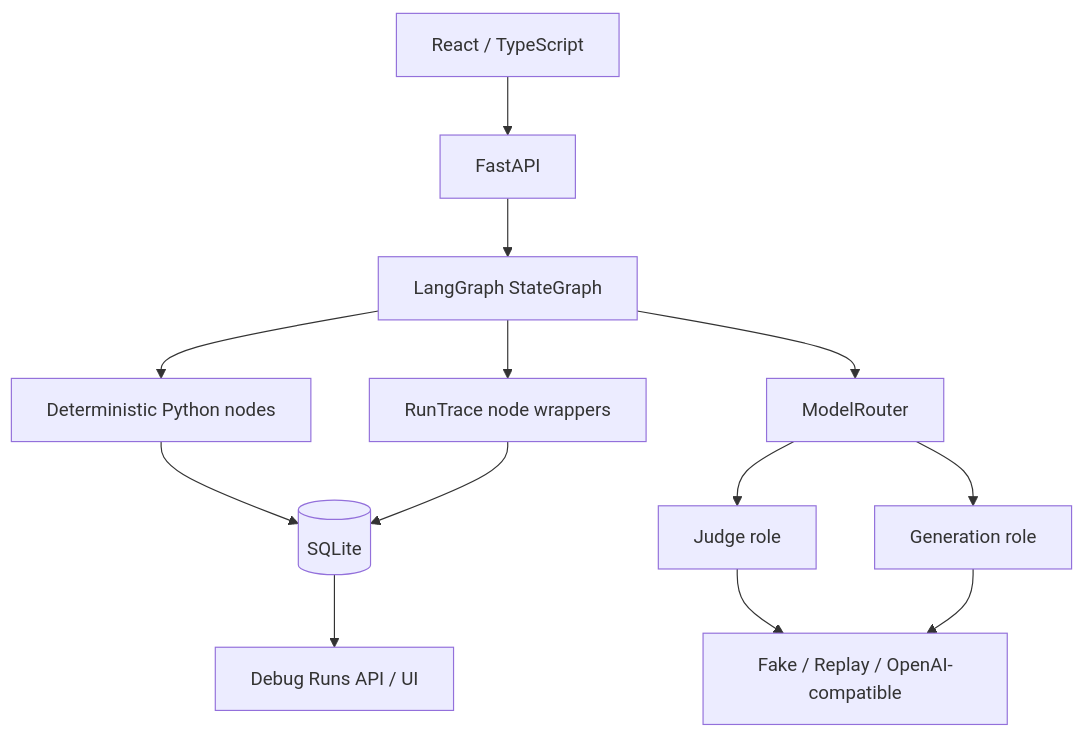
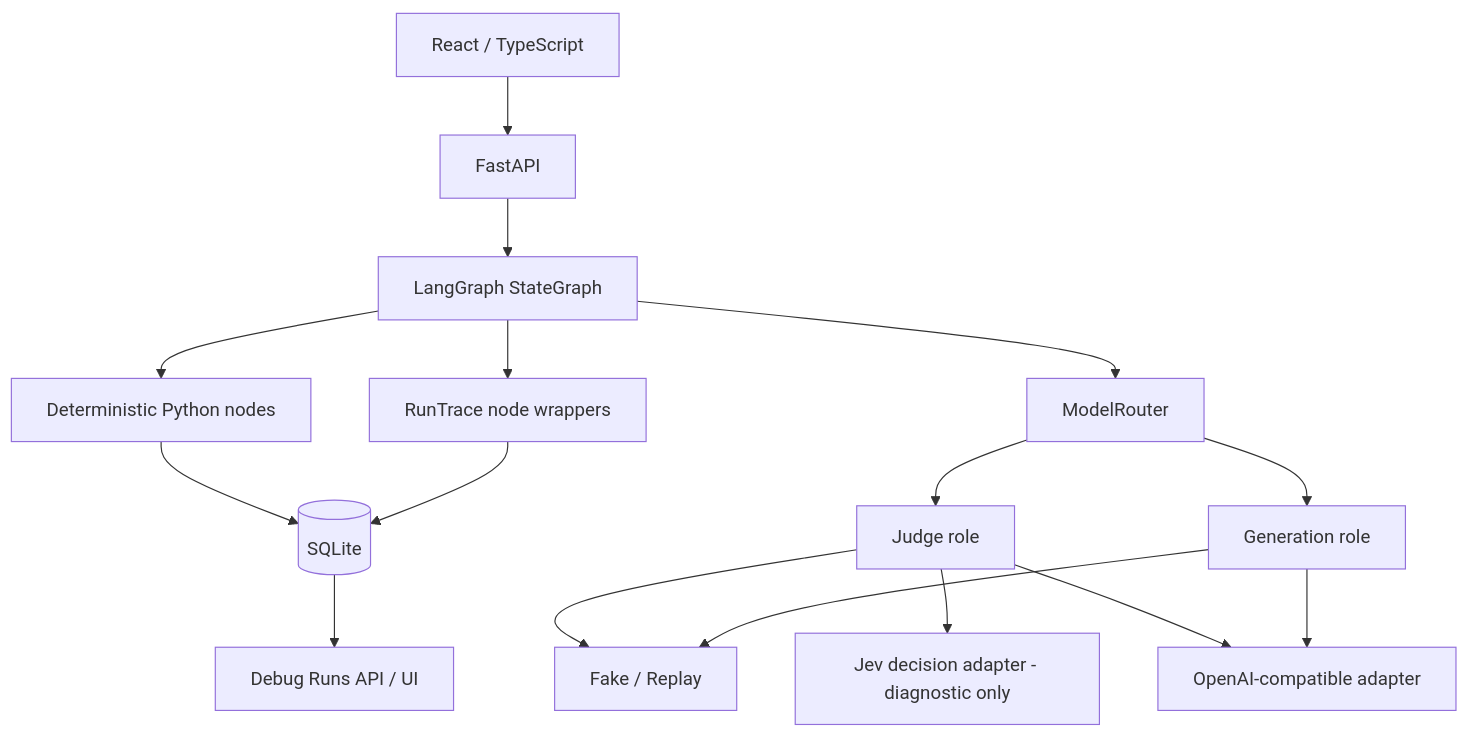
Before and after one commit to Houlx/career-copilot: the diagram in docs/ARCHITECTURE.md, drawn with Mermaid. The commit also changed other lines of this file and 11 other files, not shown here.

````diff
--- a/docs/ARCHITECTURE.md
+++ b/docs/ARCHITECTURE.md
@@ -5,15 +5,18 @@
 ```mermaid
 flowchart TD
     UI[React / TypeScript] --> API[FastAPI]
     API --> Graph[LangGraph StateGraph]
     Graph --> Python[Deterministic Python nodes]
     Python --> DB[(SQLite)]
     Graph --> Router[ModelRouter]
     Router --> Judge[Judge role]
     Router --> Generation[Generation role]
-    Judge --> Provider[Fake / Replay / OpenAI-compatible]
-    Generation --> Provider
+    Judge --> Offline[Fake / Replay]
+    Generation --> Offline
+    Judge --> Jev[Jev decision adapter - diagnostic only]
+    Judge --> Compatible[OpenAI-compatible adapter]
+    Generation --> Compatible
     Graph --> Trace[RunTrace node wrappers]
     Trace --> DB
     DB --> Debug[Debug Runs API / UI]
 ```
````
